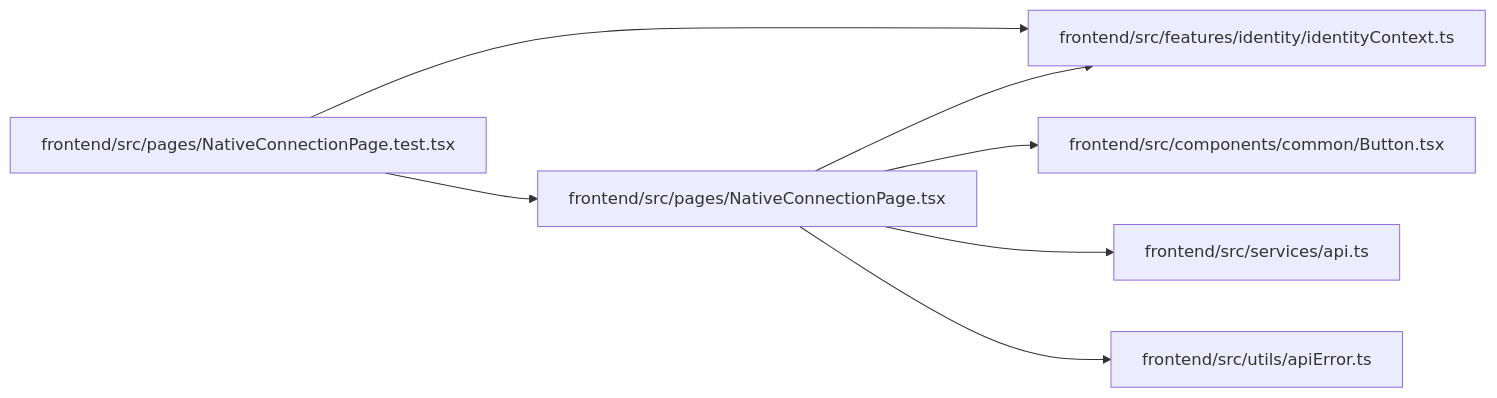
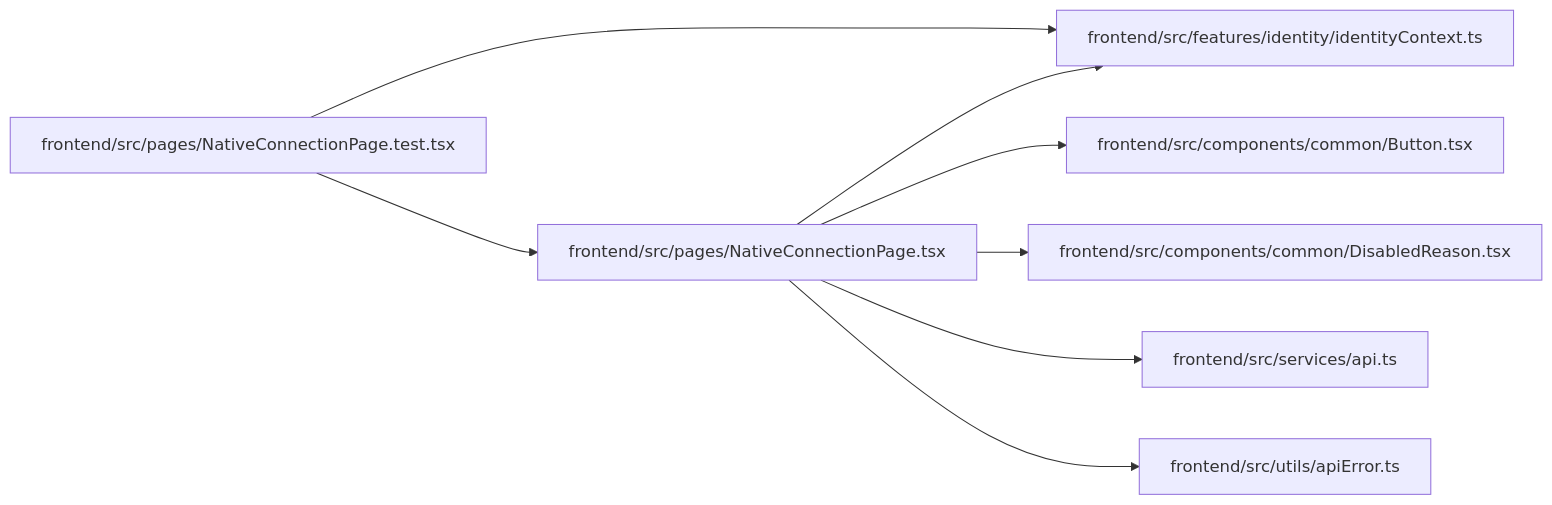
The diagram in docs/llm_wiki/modules/NativeConnectionPage.md (Denissvgn/WorkChord), drawn with Mermaid before and after one commit. The commit also changed other lines of this file and 500 other files, not shown here.

````diff
--- a/docs/llm_wiki/modules/NativeConnectionPage.md
+++ b/docs/llm_wiki/modules/NativeConnectionPage.md
@@ -31,21 +32,24 @@
 ```mermaid
 flowchart LR
     n0["frontend/src/components/common/Button.tsx"]
-    n1["frontend/src/features/identity/identityContext.ts"]
-    n2["frontend/src/pages/NativeConnectionPage.test.tsx"]
-    n3["frontend/src/pages/NativeConnectionPage.tsx"]
-    n4["frontend/src/services/api.ts"]
-    n5["frontend/src/utils/apiError.ts"]
-    n2 --> n1
-    n2 --> n3
-    n3 --> n0
-    n3 --> n1
+    n1["frontend/src/components/common/DisabledReason.tsx"]
+    n2["frontend/src/features/identity/identityContext.ts"]
+    n3["frontend/src/pages/NativeConnectionPage.test.tsx"]
+    n4["frontend/src/pages/NativeConnectionPage.tsx"]
+    n5["frontend/src/services/api.ts"]
+    n6["frontend/src/utils/apiError.ts"]
+    n3 --> n2
     n3 --> n4
-    n3 --> n5
+    n4 --> n0
+    n4 --> n1
+    n4 --> n2
+    n4 --> n5
+    n4 --> n6
     click n0 "../modules/Button.md"
-    click n1 "../modules/identityContext.md"
-    click n2 "../modules/NativeConnectionPage.test.md"
-    click n3 "../modules/NativeConnectionPage.md"
-    click n4 "../modules/api.md"
-    click n5 "../modules/apiError.md"
+    click n1 "../modules/DisabledReason.md"
+    click n2 "../modules/identityContext.md"
+    click n3 "../modules/NativeConnectionPage.test.md"
+    click n4 "../modules/NativeConnectionPage.md"
+    click n5 "../modules/api.md"
+    click n6 "../modules/apiError.md"
 ```
````
